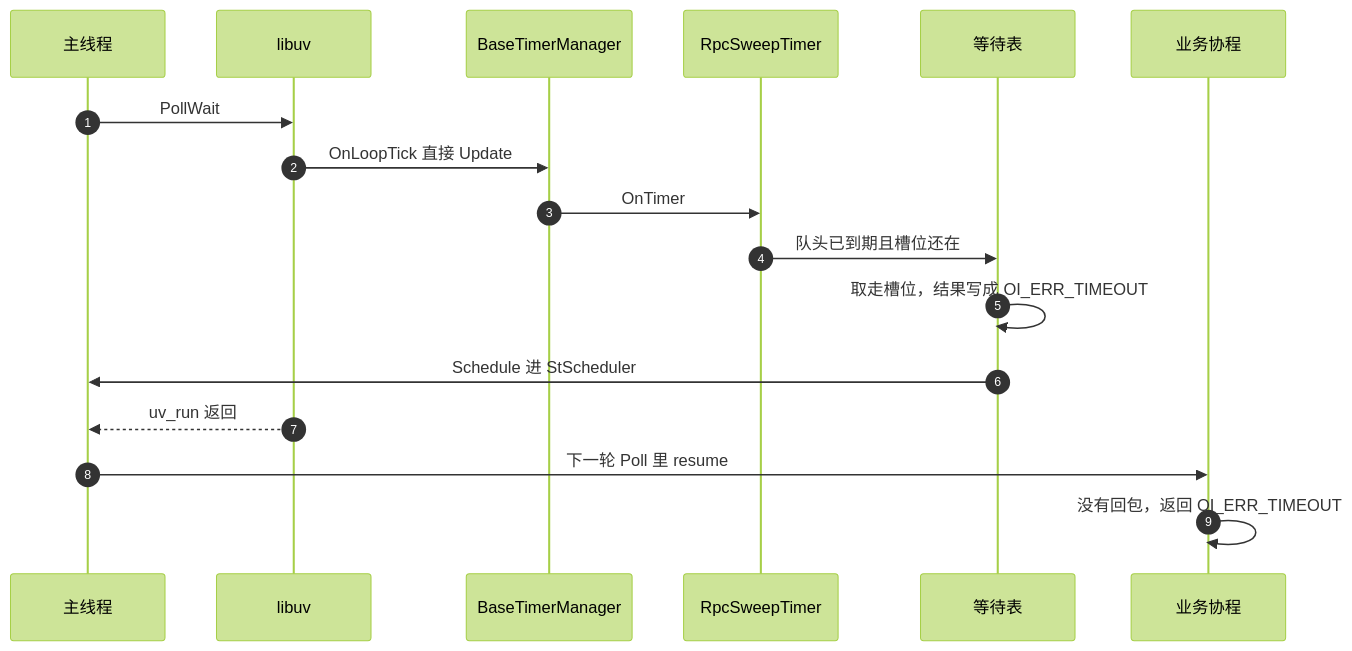
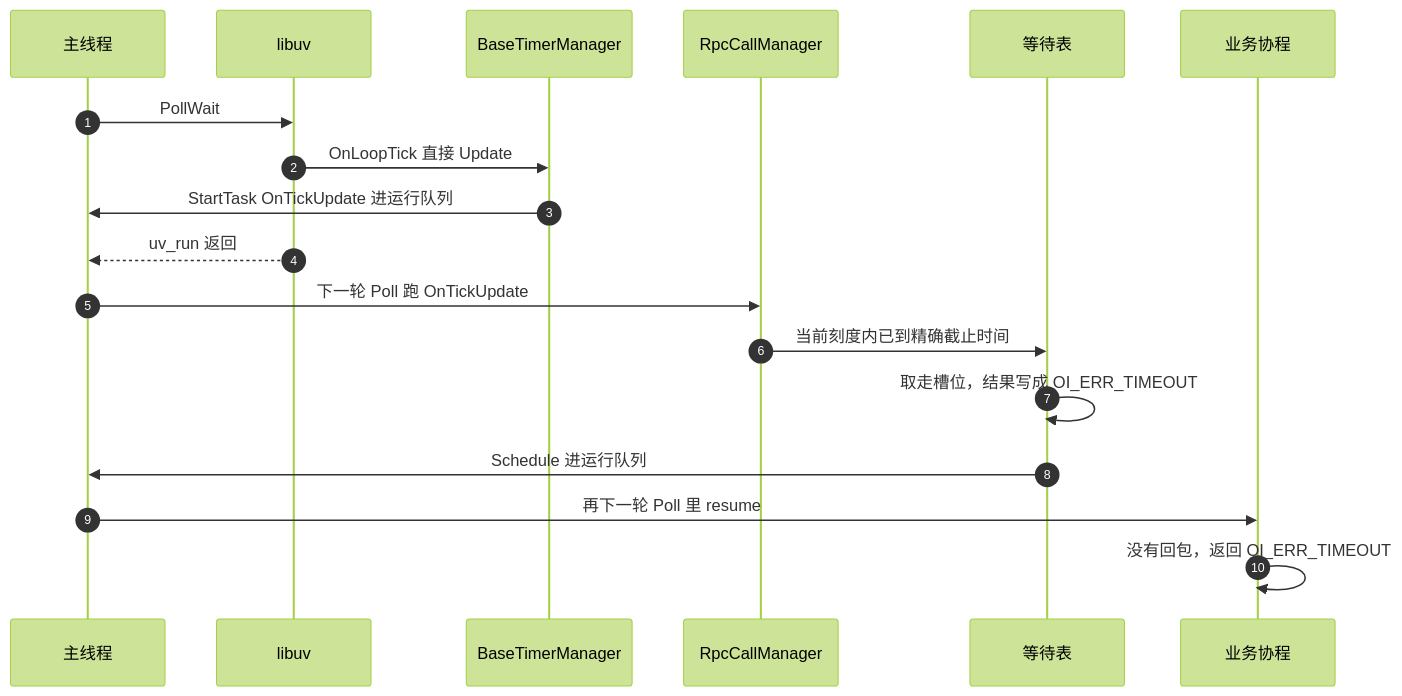
Before and after one commit to orikiaru/openidea: the diagram in docs/sequence-diagram/single-thread/timeout.md, drawn with Mermaid (forest theme). The commit also changed other lines of this file and 46 other files, not shown here.

Commit message:
RPC 等待表收进 RpcCallManager 单例按 tick 扫超时，处理表并入 ProtoSessionManager，Windows 拷贝 MySQL 运行库

````diff
--- a/docs/sequence-diagram/single-thread/timeout.md
+++ b/docs/sequence-diagram/single-thread/timeout.md
@@ -7,20 +7,21 @@
 ```mermaid
 sequenceDiagram
     autonumber
     participant Main as 主线程
     participant Uv as libuv
     participant Timer as BaseTimerManager
-    participant Sweep as RpcSweepTimer
+    participant Mgr as RpcCallManager
     participant Wait as 等待表
     participant Biz as 业务协程
 
     Main->>Uv: PollWait
     Uv->>Timer: OnLoopTick 直接 Update
-    Timer->>Sweep: OnTimer
-    Sweep->>Wait: 队头已到期且槽位还在
+    Timer->>Main: StartTask OnTickUpdate 进运行队列
+    Uv-->>Main: uv_run 返回
+    Main->>Mgr: 下一轮 Poll 跑 OnTickUpdate
+    Mgr->>Wait: 当前刻度内已到精确截止时间
     Wait->>Wait: 取走槽位，结果写成 OI_ERR_TIMEOUT
-    Wait->>Main: Schedule 进 StScheduler
-    Uv-->>Main: uv_run 返回
-    Main->>Biz: 下一轮 Poll 里 resume
+    Wait->>Main: Schedule 进运行队列
+    Main->>Biz: 再下一轮 Poll 里 resume
     Biz->>Biz: 没有回包，返回 OI_ERR_TIMEOUT
 ```
````
